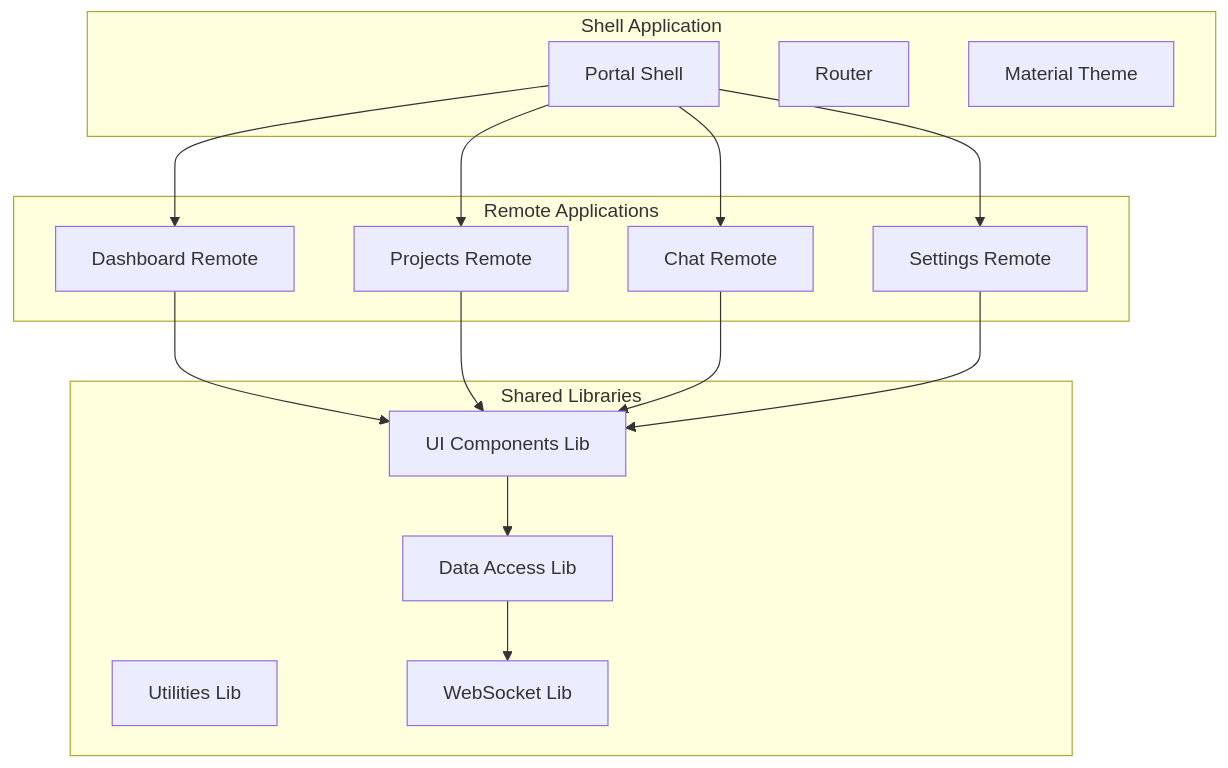
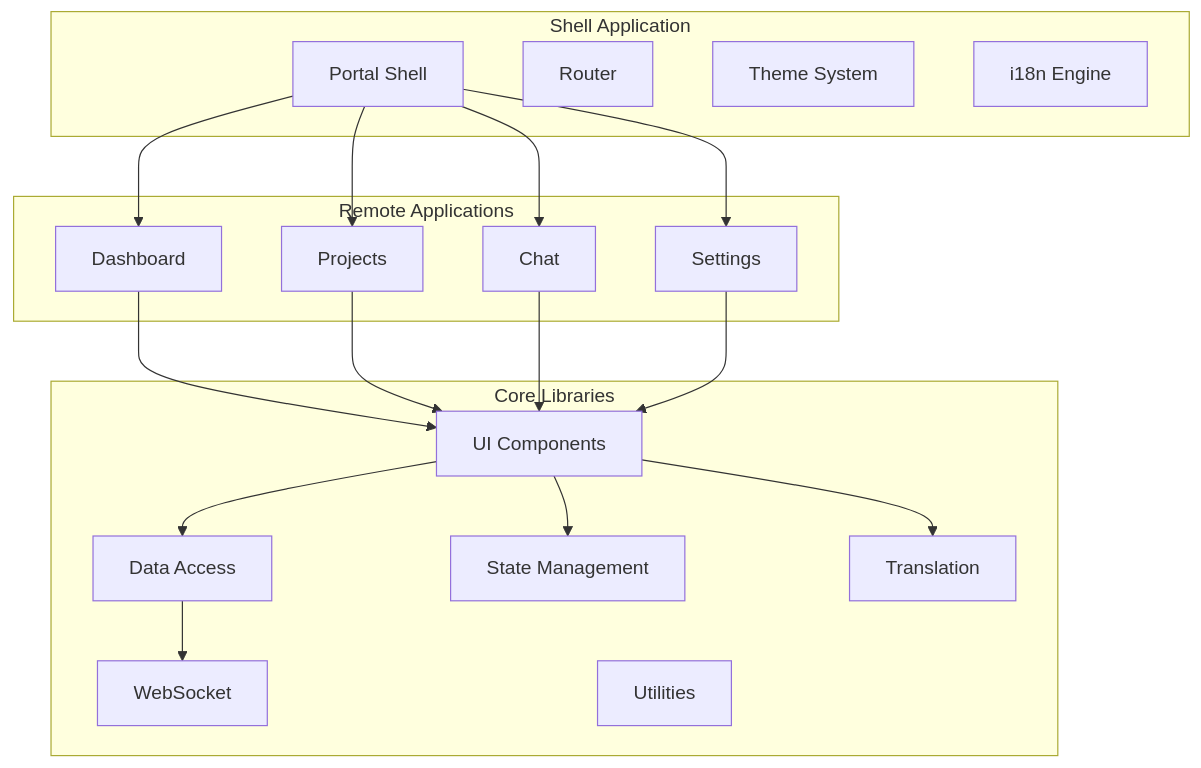
One commit to cykonova/CodeAgent changed the diagram in docs/06-web-portal.md. Above: the diagram before and after it, drawn with Mermaid. The commit also changed other lines of this file and 15 other files, not shown here.

````diff
--- a/docs/06-web-portal.md
+++ b/docs/06-web-portal.md
@@ -7,35 +46,40 @@
 ```mermaid
 graph TB
     subgraph "Shell Application"
         SHELL[Portal Shell]
         ROUTER[Router]
-        THEME[Material Theme]
+        THEME[Theme System]
+        I18N[i18n Engine]
     end
     
     subgraph "Remote Applications"
-        DASH[Dashboard Remote]
-        PROJ[Projects Remote]
-        CHAT[Chat Remote]
-        SETTINGS[Settings Remote]
+        DASH[Dashboard]
+        PROJ[Projects]
+        CHAT[Chat]
+        SETTINGS[Settings]
     end
     
-    subgraph "Shared Libraries"
-        UI[UI Components Lib]
-        DATA[Data Access Lib]
-        UTIL[Utilities Lib]
-        WS[WebSocket Lib]
+    subgraph "Core Libraries"
+        UI[UI Components]
+        DATA[Data Access]
+        WS[WebSocket]
+        STATE[State Management]
+        TRANS[Translation]
+        UTILS[Utilities]
     end
     
     SHELL --> DASH
     SHELL --> PROJ
     SHELL --> CHAT
     SHELL --> SETTINGS
     
     DASH --> UI
     PROJ --> UI
     CHAT --> UI
     SETTINGS --> UI
     
     UI --> DATA
     DATA --> WS
+    UI --> TRANS
+    UI --> STATE
 ```
````
